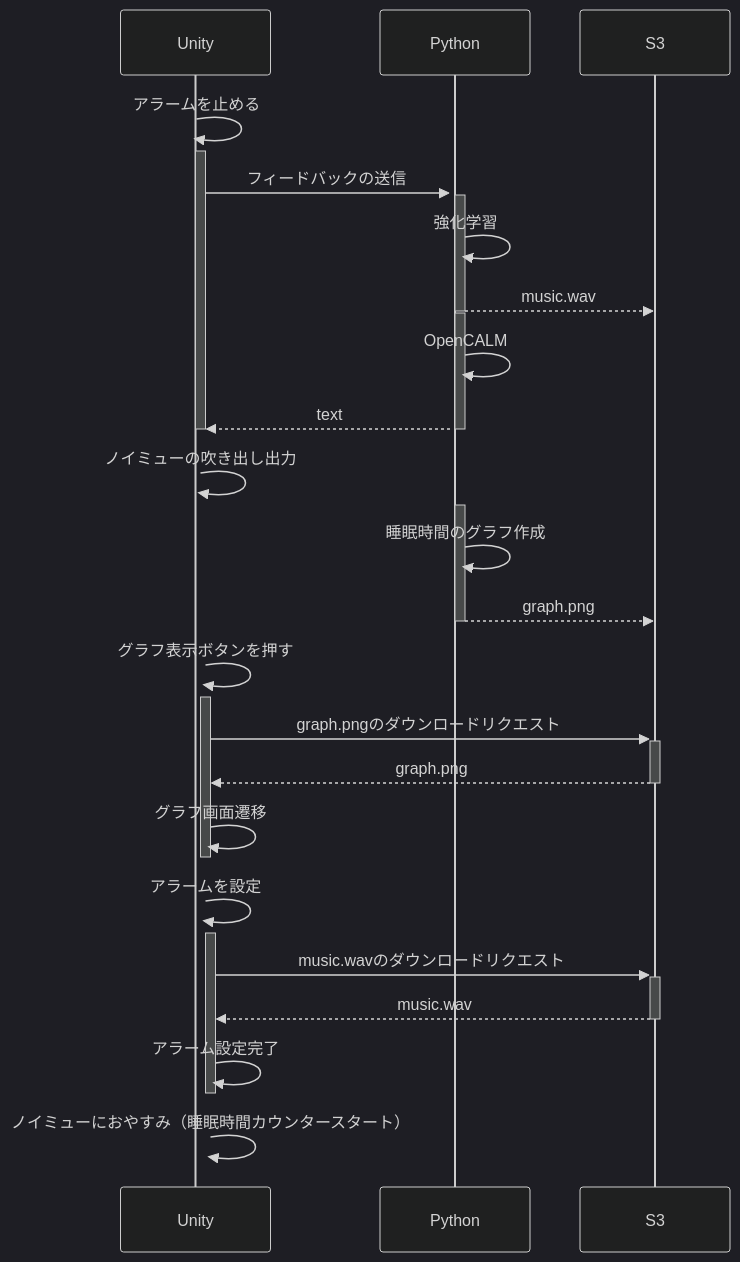
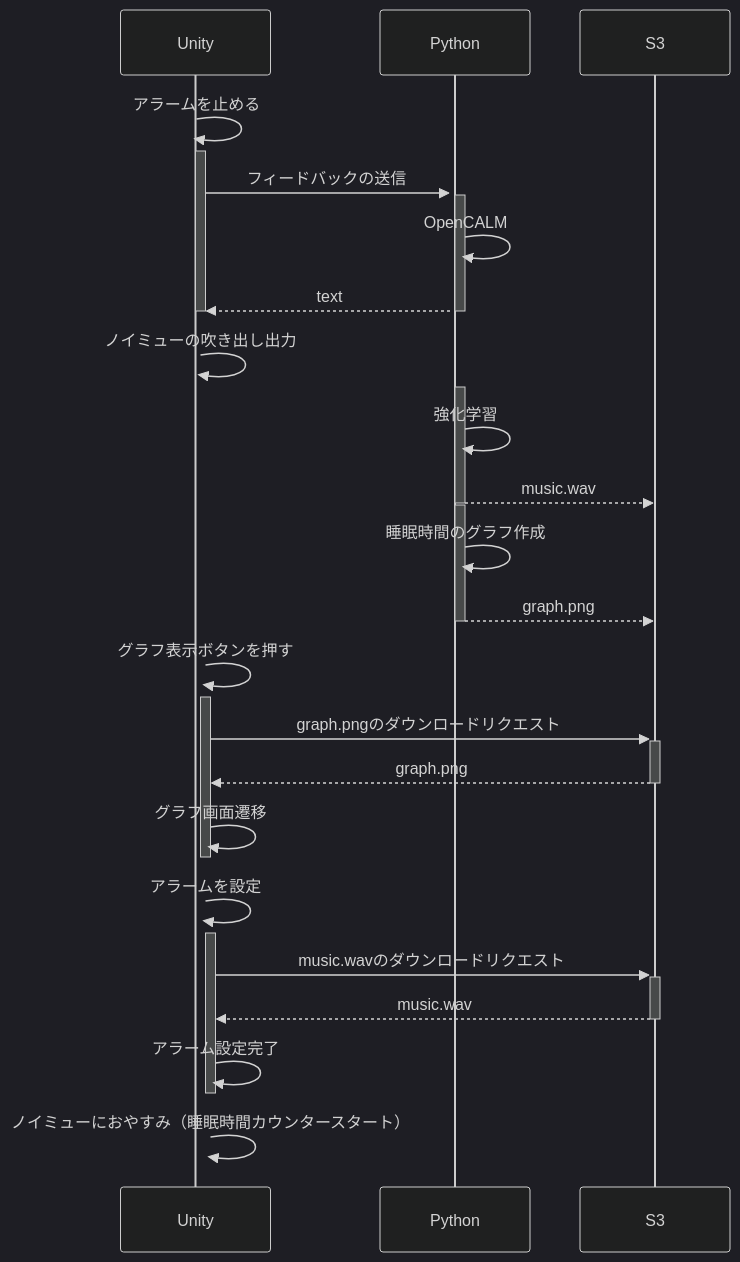
Before and after one commit to yudaisugiyama/Noimu: the diagram in README.md, drawn with Mermaid (dark theme). The commit also changed other lines of this file, not shown here.

````diff
--- a/README.md
+++ b/README.md
@@ -4,41 +4,41 @@
 ```mermaid
 sequenceDiagram
     participant Unity
     participant Python
     participant S3
 
     Unity->>+Unity: アラームを止める
     activate Unity
     Unity->>+Python: フィードバックの送信
     activate Python
-    Python->>Python: 強化学習
-    Python-->>S3: music.wav
-    deactivate Python
-    activate Python
     Python->>Python: OpenCALM
     Python-->>Unity: text
     deactivate Unity
+    deactivate Python
+    Unity->>+Unity: ノイミューの吹き出し出力
+    activate Python
+    Python->>Python: 強化学習
+    Python-->>S3: music.wav
 
     deactivate Python
-    Unity->>+Unity: ノイミューの吹き出し出力
     activate Python
     Python->>Python: 睡眠時間のグラフ作成
     Python-->>S3: graph.png
     deactivate Python
 
     Unity->>Unity: グラフ表示ボタンを押す
     activate Unity
     Unity->>+S3: graph.pngのダウンロードリクエスト
     S3-->>-Unity: graph.png
     Unity->>Unity: グラフ画面遷移
     deactivate Unity
 
     Unity->>+Unity: アラームを設定
     activate Unity
     Unity->>+S3: music.wavのダウンロードリクエスト
     S3-->>-Unity: music.wav
     Unity->>Unity: アラーム設定完了
     deactivate Unity
 
     Unity->>+Unity: ノイミューにおやすみ（睡眠時間カウンタースタート）
 ```
````
